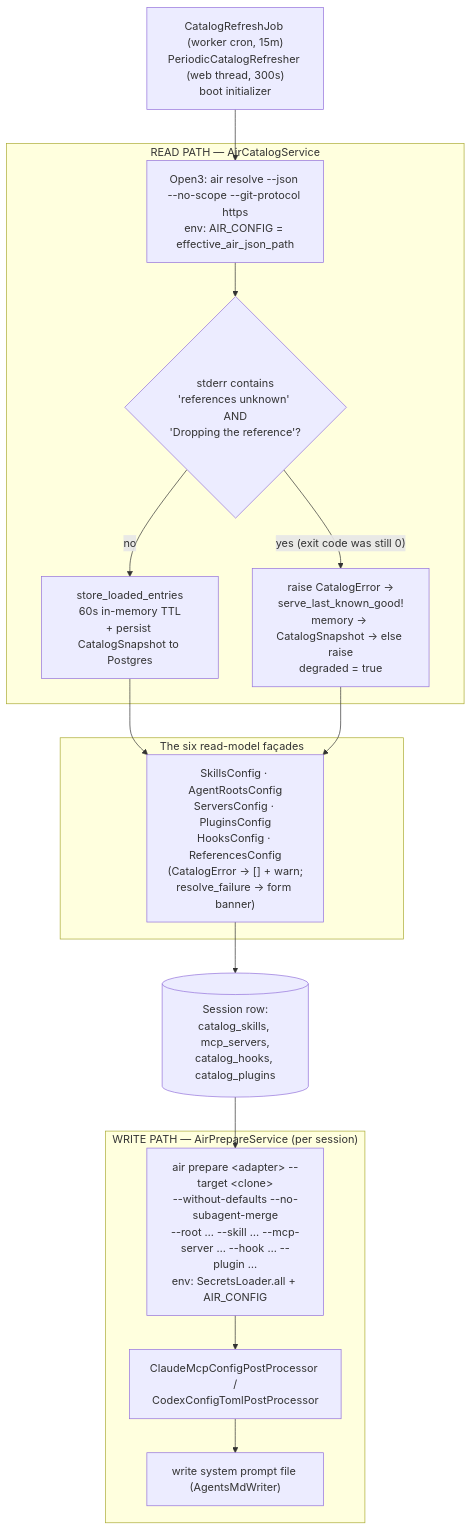
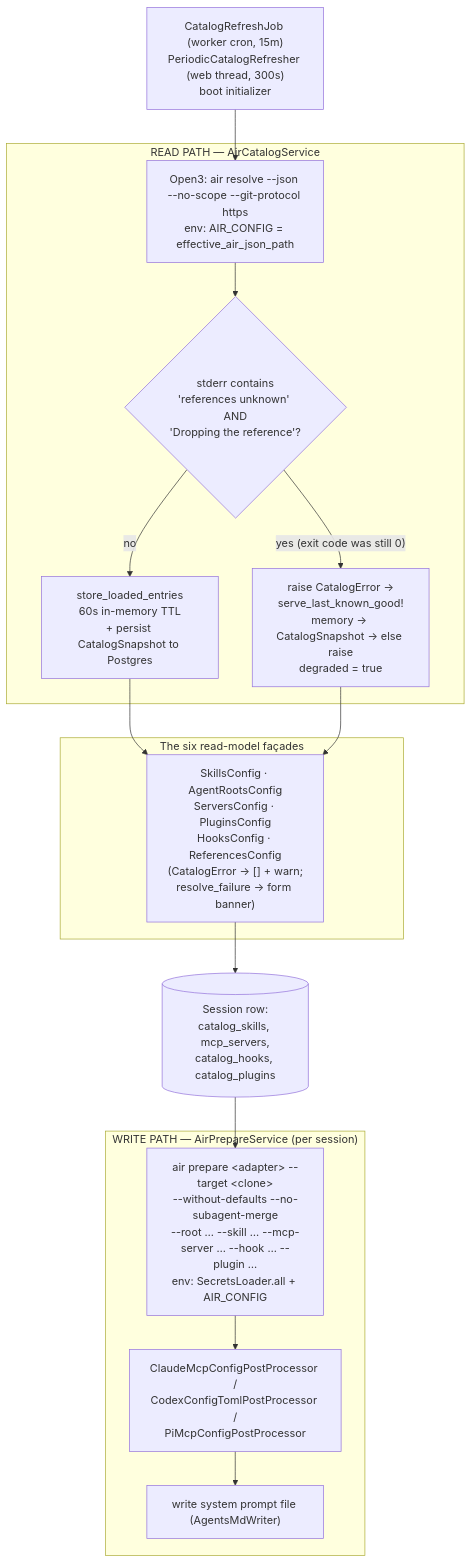
The diagram in docs/src/content/docs/air/zimmer-integration.md (tadasant/zimmer), drawn with Mermaid before and after one commit. The commit also changed 23 other files, not shown here.

````diff
--- a/docs/src/content/docs/air/zimmer-integration.md
+++ b/docs/src/content/docs/air/zimmer-integration.md
@@ -11,29 +11,29 @@
 ```mermaid
 flowchart TB
     subgraph read["READ PATH — AirCatalogService"]
         R1["Open3: air resolve --json --no-scope --git-protocol https<br/>env: AIR_CONFIG = effective_air_json_path"]
         R2{"stderr contains<br/>'references unknown' AND<br/>'Dropping the reference'?"}
         R3["store_loaded_entries<br/>60s in-memory TTL<br/>+ persist CatalogSnapshot to Postgres"]
         R4["raise CatalogError →<br/>serve_last_known_good!<br/>memory → CatalogSnapshot → else raise<br/>degraded = true"]
         R1 --> R2
         R2 -->|no| R3
         R2 -->|"yes (exit code was still 0)"| R4
     end
 
     subgraph facades["The six read-model façades"]
         F["SkillsConfig · AgentRootsConfig<br/>ServersConfig · PluginsConfig<br/>HooksConfig · ReferencesConfig<br/>(CatalogError → [] + warn;<br/>resolve_failure → form banner)"]
     end
 
     subgraph write["WRITE PATH — AirPrepareService (per session)"]
         W["air prepare &lt;adapter&gt; --target &lt;clone&gt;<br/>--without-defaults --no-subagent-merge<br/>--root … --skill … --mcp-server … --hook … --plugin …<br/>env: SecretsLoader.all + AIR_CONFIG"]
-        W2["ClaudeMcpConfigPostProcessor /<br/>CodexConfigTomlPostProcessor"]
+        W2["ClaudeMcpConfigPostProcessor /<br/>CodexConfigTomlPostProcessor /<br/>PiMcpConfigPostProcessor"]
         W3["write system prompt file (AgentsMdWriter)"]
         W --> W2 --> W3
     end
 
     REFRESH["CatalogRefreshJob (worker cron, 15m)<br/>PeriodicCatalogRefresher (web thread, 300s)<br/>boot initializer"] --> R1
     R3 --> F
     R4 --> F
     F --> DB[("Session row:<br/>catalog_skills, mcp_servers,<br/>catalog_hooks, catalog_plugins")]
     DB --> W
 ```
````
